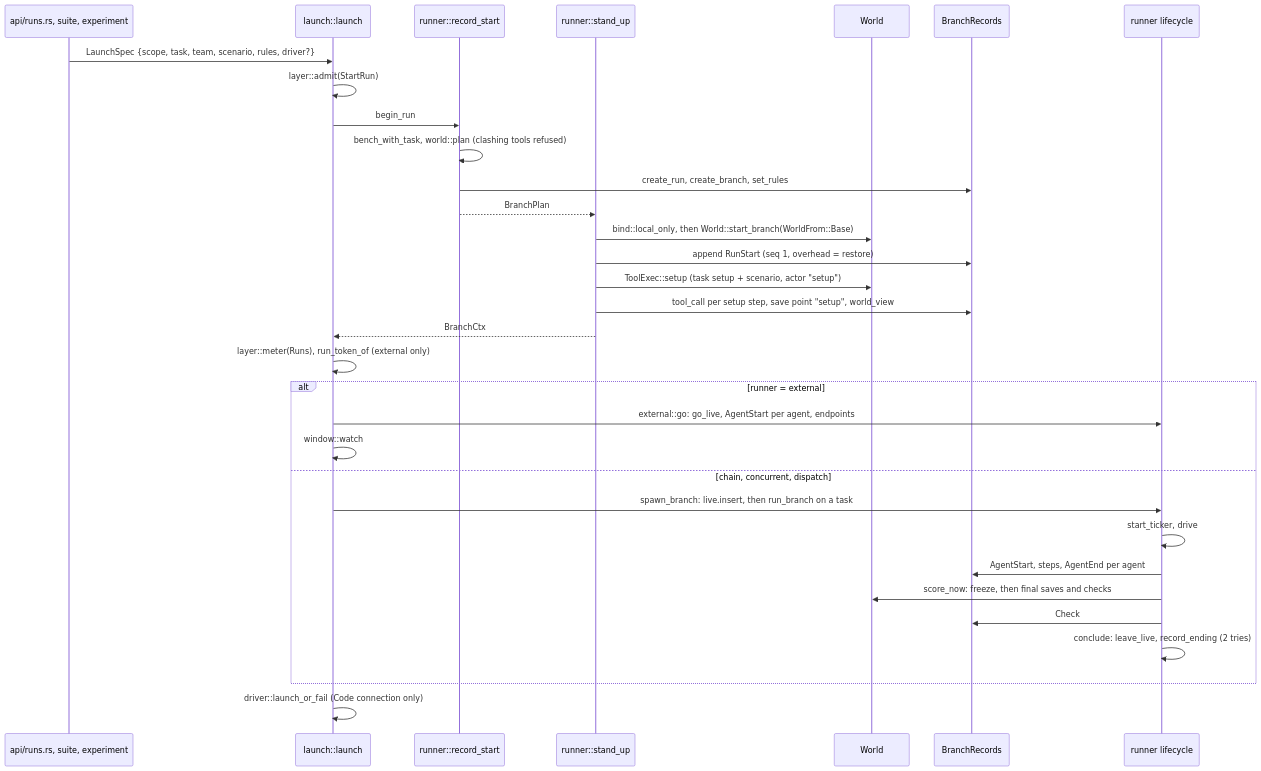
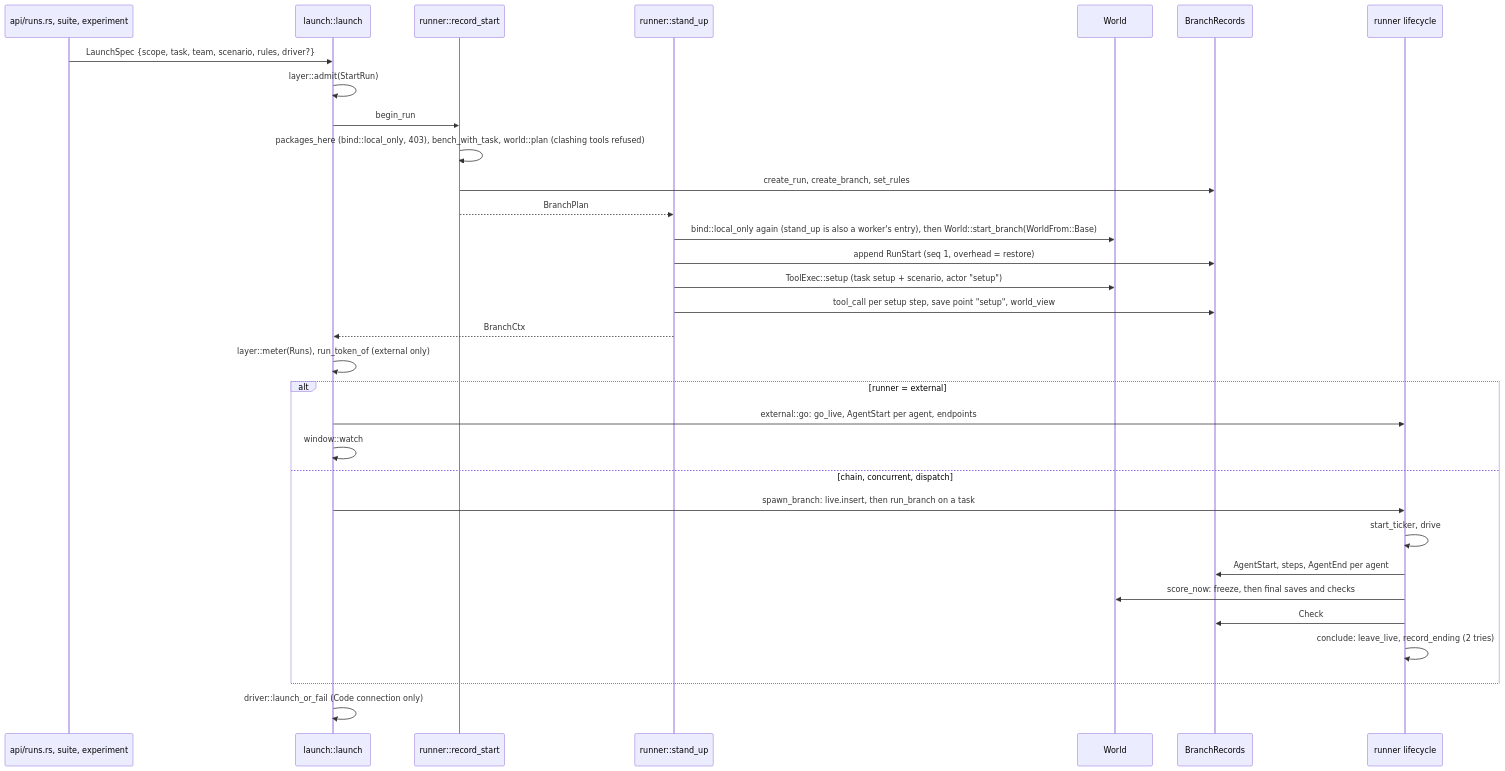
The first of 5 diagrams in docs/internals/runs-and-worlds.md (CopperTide/Shakedown), drawn with Mermaid before and after one commit. The commit also changed other lines of this file and 6 other files, not shown here.

````diff
--- a/docs/internals/runs-and-worlds.md
+++ b/docs/internals/runs-and-worlds.md
@@ -46,34 +46,34 @@
 ```mermaid
 sequenceDiagram
     participant C as api/runs.rs, suite, experiment
     participant L as launch::launch
     participant RS as runner::record_start
     participant SU as runner::stand_up
     participant W as World
     participant R as BranchRecords
     participant LC as runner lifecycle
     C->>L: LaunchSpec {scope, task, team, scenario, rules, driver?}
     L->>L: layer::admit(StartRun)
     L->>RS: begin_run
-    RS->>RS: bench_with_task, world::plan (clashing tools refused)
+    RS->>RS: packages_here (bind::local_only, 403), bench_with_task, world::plan (clashing tools refused)
     RS->>R: create_run, create_branch, set_rules
     RS-->>SU: BranchPlan
-    SU->>W: bind::local_only, then World::start_branch(WorldFrom::Base)
+    SU->>W: bind::local_only again (stand_up is also a worker's entry), then World::start_branch(WorldFrom::Base)
     SU->>R: append RunStart (seq 1, overhead = restore)
     SU->>W: ToolExec::setup (task setup + scenario, actor "setup")
     SU->>R: tool_call per setup step, save point "setup", world_view
     SU-->>L: BranchCtx
     L->>L: layer::meter(Runs), run_token_of (external only)
     alt runner = external
         L->>LC: external::go: go_live, AgentStart per agent, endpoints
         L->>L: window::watch
     else chain, concurrent, dispatch
         L->>LC: spawn_branch: live.insert, then run_branch on a task
         LC->>LC: start_ticker, drive
         LC->>R: AgentStart, steps, AgentEnd per agent
         LC->>W: score_now: freeze, then final saves and checks
         LC->>R: Check
         LC->>LC: conclude: leave_live, record_ending (2 tries)
     end
     L->>L: driver::launch_or_fail (Code connection only)
 ```
````
